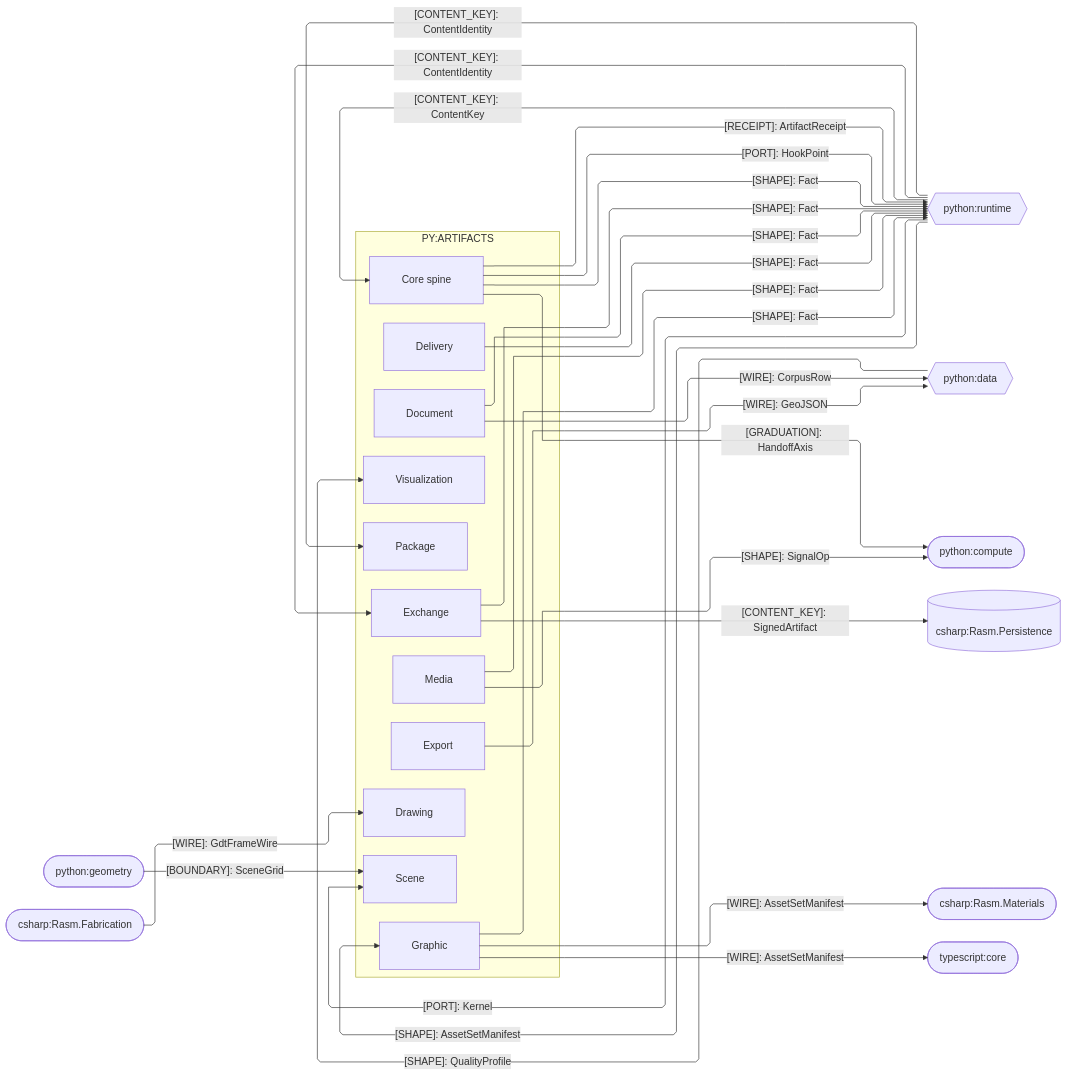
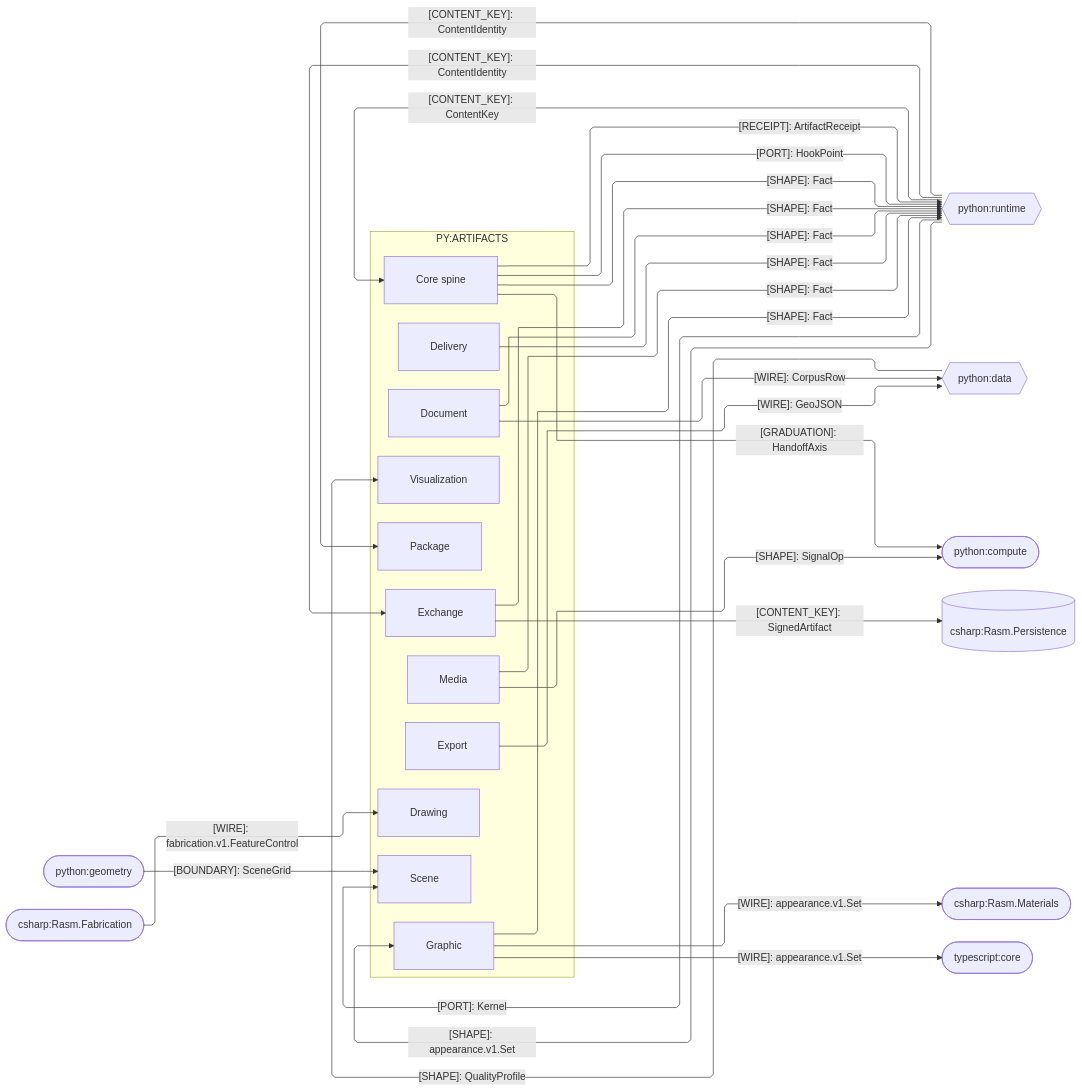
Before and after one commit to bsamiee/Rasm: the second of 3 diagrams in libs/python/artifacts/ARCHITECTURE.md, drawn with Mermaid. The commit also changed other lines of this file and 820 other files, not shown here.

````diff
--- a/libs/python/artifacts/ARCHITECTURE.md
+++ b/libs/python/artifacts/ARCHITECTURE.md
@@ -211,56 +211,56 @@
 ```mermaid
 ---
 config:
   layout: elk
   flowchart:
     curve: linear
     padding: 25
 ---
 flowchart LR
     accTitle: Artifacts package seam registry
     accDescr: Artifacts sub-domain owners exchanging content keys, receipts, wires, and shapes with Python, C#, and TypeScript peers.
     subgraph artifacts[PY:ARTIFACTS]
         Core[Core spine]
         Document[Document]
         Delivery[Delivery]
         Visualization[Visualization]
         Drawing[Drawing]
         Graphic[Graphic]
         Media[Media]
         Scene[Scene]
         Export[Export]
         Exchange[Exchange]
         Package[Package]
     end
     Geometry([python:geometry])
     Runtime{{python:runtime}}
     Data{{python:data}}
     Compute([python:compute])
     Persistence[(csharp:Rasm.Persistence)]
     Fabrication([csharp:Rasm.Fabrication])
     Materials([csharp:Rasm.Materials])
     Interchange([typescript:core])
     Runtime e1@-->|"[CONTENT_KEY]: ContentKey"| Core
     Core e2@-->|"[RECEIPT]: ArtifactReceipt"| Runtime
     Runtime e3@-->|"[CONTENT_KEY]: ContentIdentity"| Exchange
     Runtime e4@-->|"[CONTENT_KEY]: ContentIdentity"| Package
     Core e5@-->|"[GRADUATION]: HandoffAxis"| Compute
     Media e6@-->|"[SHAPE]: SignalOp"| Compute
     Document e7@-->|"[WIRE]: CorpusRow"| Data
     Export e8@-->|"[WIRE]: GeoJSON"| Data
     Data e9@-->|"[SHAPE]: QualityProfile"| Visualization
-    Fabrication e10@-->|"[WIRE]: GdtFrameWire"| Drawing
+    Fabrication e10@-->|"[WIRE]: fabrication.v1.FeatureControl"| Drawing
     Geometry e11@-->|"[BOUNDARY]: SceneGrid"| Scene
     Exchange e12@-->|"[CONTENT_KEY]: SignedArtifact"| Persistence
     Runtime e13@-->|"[PORT]: Kernel"| Scene
     Core e14@-->|"[PORT]: HookPoint"| Runtime
-    Runtime e15@-->|"[SHAPE]: AssetSetManifest"| Graphic
-    Graphic e16@-->|"[WIRE]: AssetSetManifest"| Materials
-    Graphic e17@-->|"[WIRE]: AssetSetManifest"| Interchange
+    Runtime e15@-->|"[SHAPE]: appearance.v1.Set"| Graphic
+    Graphic e16@-->|"[WIRE]: appearance.v1.Set"| Materials
+    Graphic e17@-->|"[WIRE]: appearance.v1.Set"| Interchange
     Core e18@-->|"[SHAPE]: Fact"| Runtime
     Delivery e19@-->|"[SHAPE]: Fact"| Runtime
     Document e20@-->|"[SHAPE]: Fact"| Runtime
     Graphic e21@-->|"[SHAPE]: Fact"| Runtime
     Media e22@-->|"[SHAPE]: Fact"| Runtime
     Exchange e23@-->|"[SHAPE]: Fact"| Runtime
 ```
````
